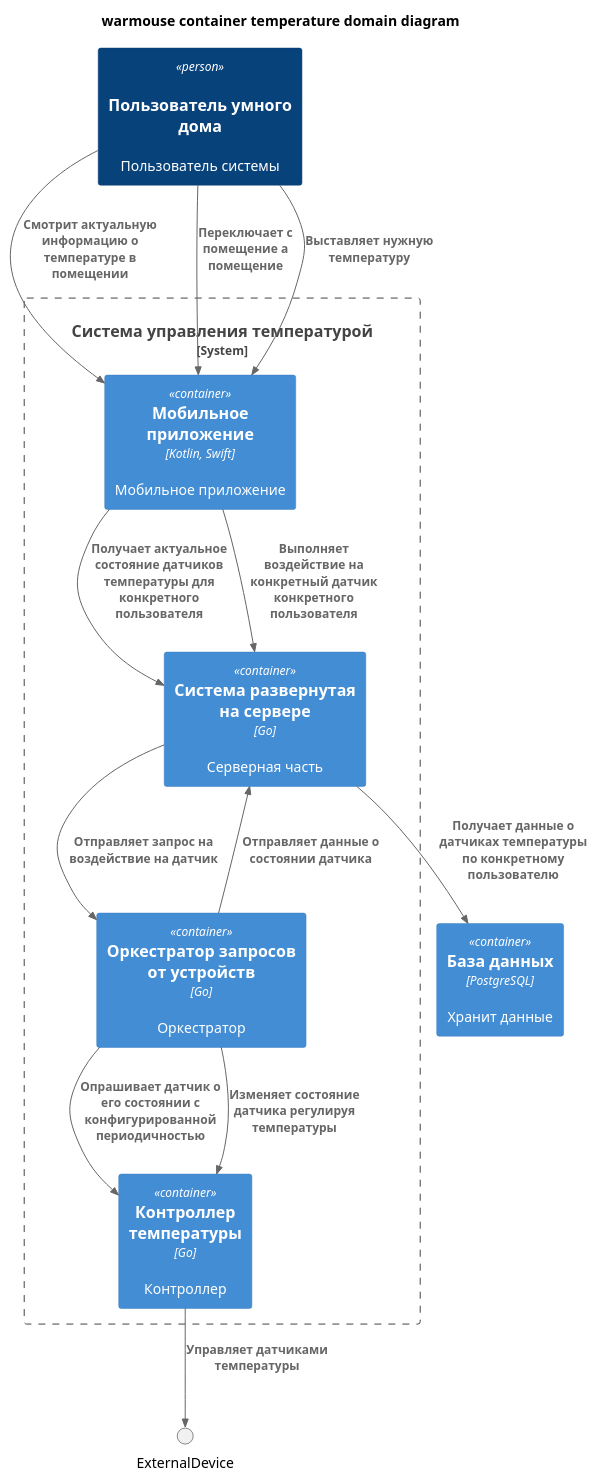
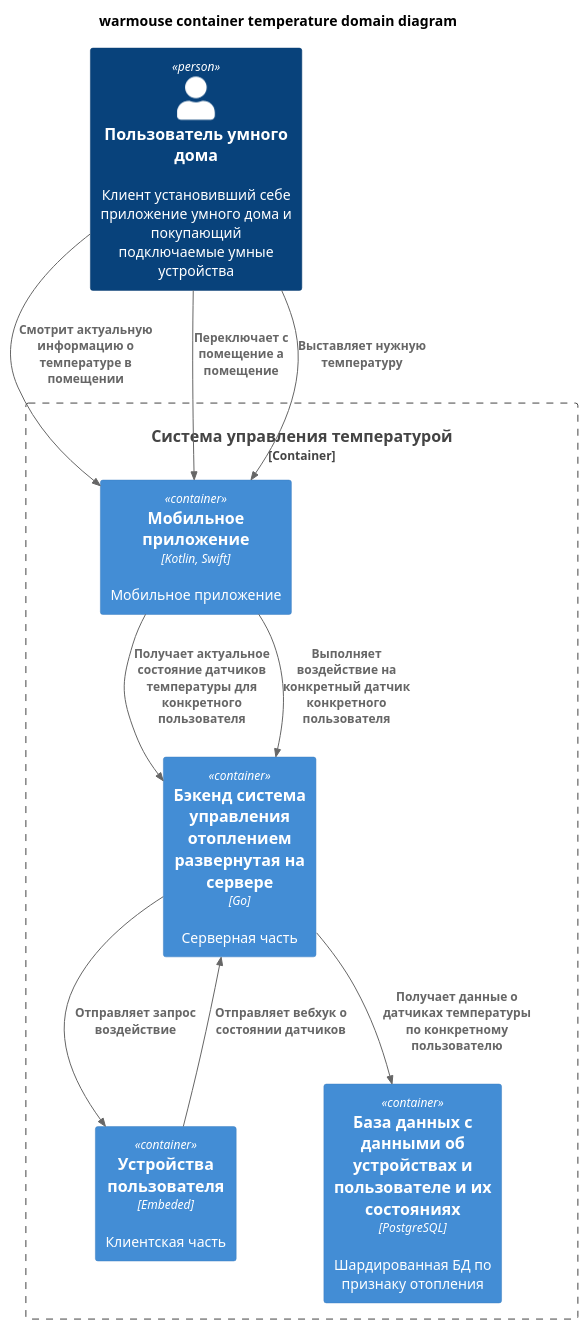
One commit to Egor-dgp/architecture-warmhouse changed the diagram in diagrams/container/temperature_container.puml. Above: the diagram before and after it, drawn with PlantUML. The commit also changed 5 other files, not shown here.

Commit message:
Добавил контейнерные диаграммы и обновил README

```diff
--- a/diagrams/container/temperature_container.puml
+++ b/diagrams/container/temperature_container.puml
@@ -2,30 +2,25 @@
 @startuml
-
 title warmouse container temperature domain diagram
 
-!include C4_Container.puml
+top to bottom direction
 
-Person(Client, "Пользователь умного дома", "Пользователь системы", "Человек")
+!includeurl https://raw.githubusercontent.com/RicardoNiepel/C4-PlantUML/master/C4_Component.puml
 
-System_Boundary(TemperatureControlSystem, "Система управления температурой") {
+Person(Client, "Пользователь умного дома", "Клиент установивший себе приложение умного дома и покупающий подключаемые умные устройства")
+
+Container_Boundary(TemperatureControlSystem, "Система управления температурой") {
     Container(MobileApp, "Мобильное приложение", "Kotlin, Swift", "Мобильное приложение")
-    Container(Server, "Система развернутая на сервере", "Go", "Серверная часть")
-    Container(DeviceRequestDistributor, "Оркестратор запросов от устройств", "Go", "Оркестратор")
-    Container(TemperatureDeviceController, "Контроллер температуры", "Go", "Контроллер")
+    Container(Server, "Бэкенд система управления отоплением развернутая на сервере", "Go", "Серверная часть")
+    Container(Sys_Client, "Устройства пользователя", "Embeded", "Клиентская часть")
+    Container(Database, "База данных с данными об устройствах и пользователе и их состояниях", "PostgreSQL", "Шардированная БД по признаку отопления")
 }
-
-Container(Database, "База данных", "PostgreSQL", "Хранит данные")
 
 Rel(Client, MobileApp, "Смотрит актуальную информацию о температуре в помещении")
 Rel(Client, MobileApp, "Переключает с помещение а помещение")
 Rel(Client, MobileApp, "Выставляет нужную температуру")
 Rel(MobileApp, Server, "Получает актуальное состояние датчиков температуры для конкретного пользователя")
 Rel(MobileApp, Server, "Выполняет воздействие на конкретный датчик конкретного пользователя")
 Rel(Server, Database, "Получает данные о датчиках температуры по конкретному пользователю")
-Rel(DeviceRequestDistributor, TemperatureDeviceController, "Опрашивает датчик о его состоянии с конфигурированной периодичностью")
-Rel(DeviceRequestDistributor, TemperatureDeviceController, "Изменяет состояние датчика регулируя температуры")
-Rel(DeviceRequestDistributor, Server, "Отправляет данные о состоянии датчика")
-Rel(Server, DeviceRequestDistributor, "Отправляет запрос на воздействие на датчик")
-Rel(TemperatureDeviceController, ExternalDevice, "Управляет датчиками температуры")
-
+Rel(Server, Sys_Client, "Отправляет запрос воздействие")
+Rel(Sys_Client, Server, "Отправляет вебхук о состоянии датчиков")
 @enduml
```
